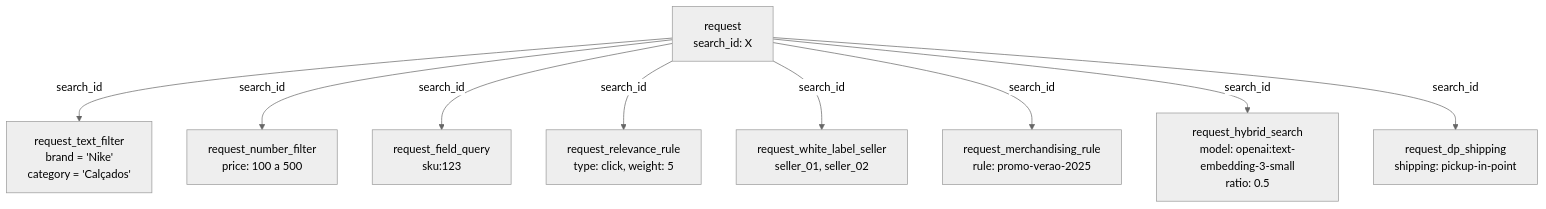
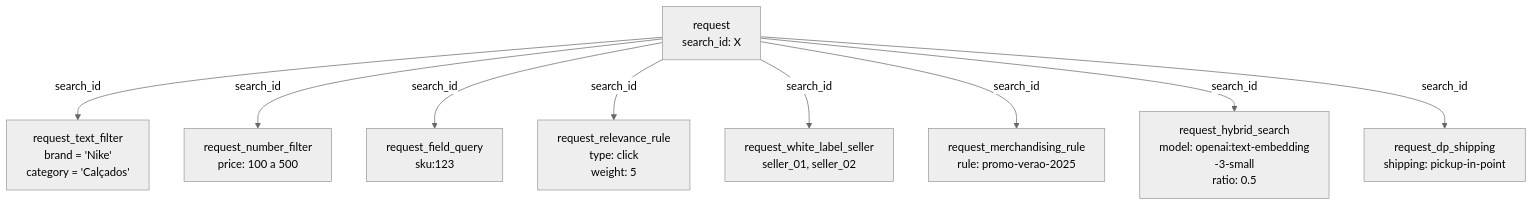
The fourth of 4 diagrams in docs/pt/tutorials/beta/vtex-data-pipeline-beta/busca-e-recomendacoes-data-pipeline.md (vtexdocs/help-center-content), drawn with Mermaid (neutral theme) before and after one commit. The commit also changed other lines of this file and 5 other files, not shown here.

````diff
--- a/docs/pt/tutorials/beta/vtex-data-pipeline-beta/busca-e-recomendacoes-data-pipeline.md
+++ b/docs/pt/tutorials/beta/vtex-data-pipeline-beta/busca-e-recomendacoes-data-pipeline.md
@@ -138,13 +141,14 @@
 ```mermaid
+%%{init: {'flowchart': {'htmlLabels': true, 'useMaxWidth': false, 'wrappingWidth': 220, 'padding': 14}}}%%
 flowchart TD
-    REQ["request\nsearch_id: X"]
+    REQ["request<br/>search_id: X"]
 
-    REQ -->|"search_id"| TF["request_text_filter\nbrand = 'Nike'\ncategory = 'Calçados'"]
-    REQ -->|"search_id"| NF["request_number_filter\nprice: 100 a 500"]
-    REQ -->|"search_id"| FQ["request_field_query\nsku:123"]
-    REQ -->|"search_id"| RR["request_relevance_rule\ntype: click, weight: 5"]
-    REQ -->|"search_id"| WLS["request_white_label_seller\nseller_01, seller_02"]
-    REQ -->|"search_id"| MR["request_merchandising_rule\nrule: promo-verao-2025"]
-    REQ -->|"search_id"| HS["request_hybrid_search\nmodel: openai:text-embedding-3-small\nratio: 0.5"]
-    REQ -->|"search_id"| DPS["request_dp_shipping\nshipping: pickup-in-point"]
+    REQ -->|"search_id"| TF["request_text_filter<br/>brand = 'Nike'<br/>category = 'Calçados'"]
+    REQ -->|"search_id"| NF["request_number_filter<br/>price: 100 a 500"]
+    REQ -->|"search_id"| FQ["request_field_query<br/>sku:123"]
+    REQ -->|"search_id"| RR["request_relevance_rule<br/>type: click<br/>weight: 5"]
+    REQ -->|"search_id"| WLS["request_white_label_seller<br/>seller_01, seller_02"]
+    REQ -->|"search_id"| MR["request_merchandising_rule<br/>rule: promo-verao-2025"]
+    REQ -->|"search_id"| HS["request_hybrid_search<br/>model: openai:text-embedding<br/>-3-small<br/>ratio: 0.5"]
+    REQ -->|"search_id"| DPS["request_dp_shipping<br/>shipping: pickup-in-point"]
 ```
````
